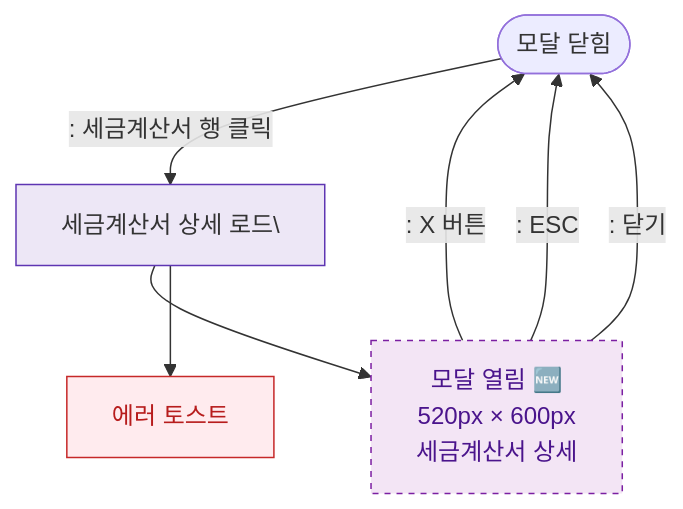
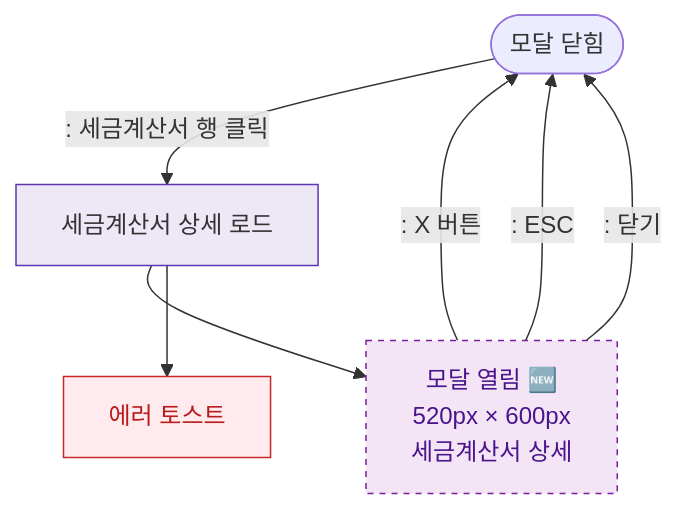
The diagram in docs/admin/다이어그램/D03_매출관리/DLG-S010_세금계산서상세/M1_모달생명주기.md (dev-spogym/admin-pando), drawn with Mermaid before and after one commit. The commit also changed 369 other files, not shown here.

````diff
--- a/docs/admin/다이어그램/D03_매출관리/DLG-S010_세금계산서상세/M1_모달생명주기.md
+++ b/docs/admin/다이어그램/D03_매출관리/DLG-S010_세금계산서상세/M1_모달생명주기.md
@@ -18,18 +18,18 @@
 ```mermaid
 flowchart TD
-    CLOSED([모달 닫힘]) -->|": 세금계산서 행 클릭"|LOAD[세금계산서 상세 로드\]
+    CLOSED([모달 닫힘]) -->|": 세금계산서 행 클릭"|LOAD[세금계산서 상세 로드]
     LOAD --> OPEN[모달 열림 🆕\n520px × 600px\n세금계산서 상세]
     LOAD --> ERR_TOAST[에러 토스트]
 
     OPEN -->|": X 버튼"|CLOSED
     OPEN -->|": ESC"|CLOSED
     OPEN -->|": 닫기"|CLOSED
 
     classDef newFeature fill:#F3E5F5,stroke:#7B1FA2,color:#4A148C,stroke-dasharray:4 4
     classDef system fill:#EDE7F6,stroke:#5E35B2
     classDef error fill:#FFEBEE,stroke:#C62828,color:#B71C1C
 
     class OPEN newFeature
     class LOAD system
     class ERR_TOAST error
 ```
````
